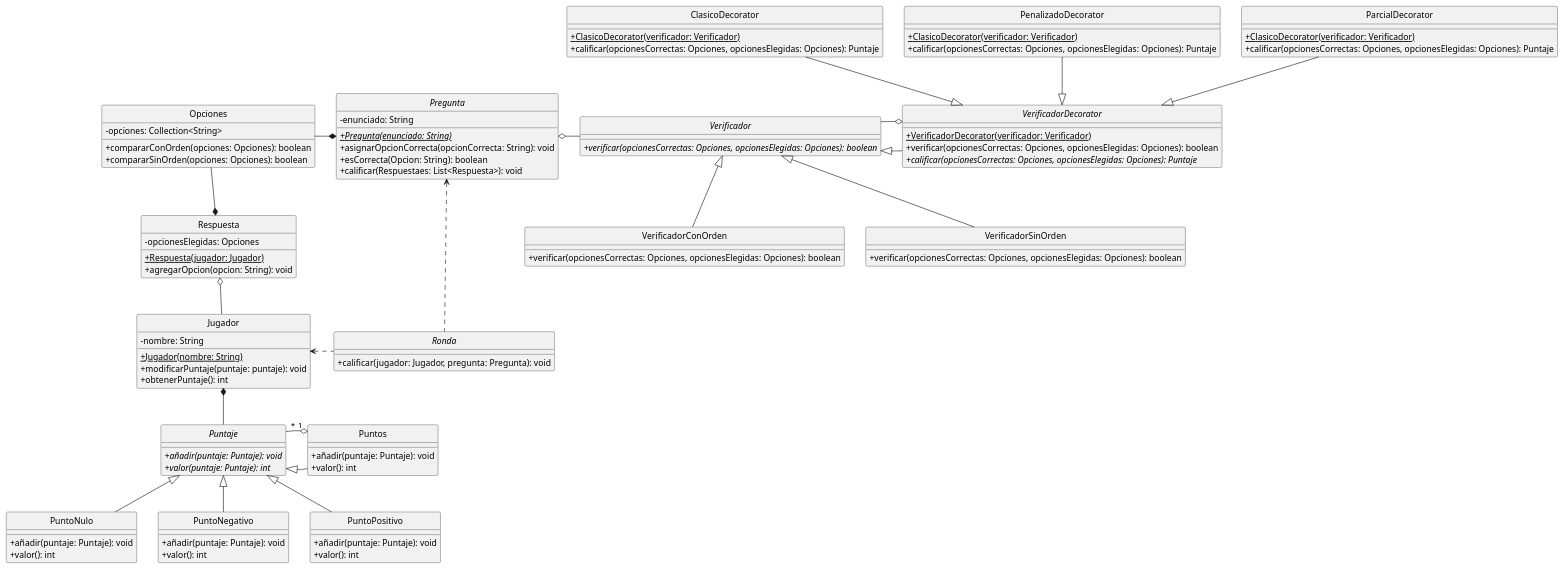
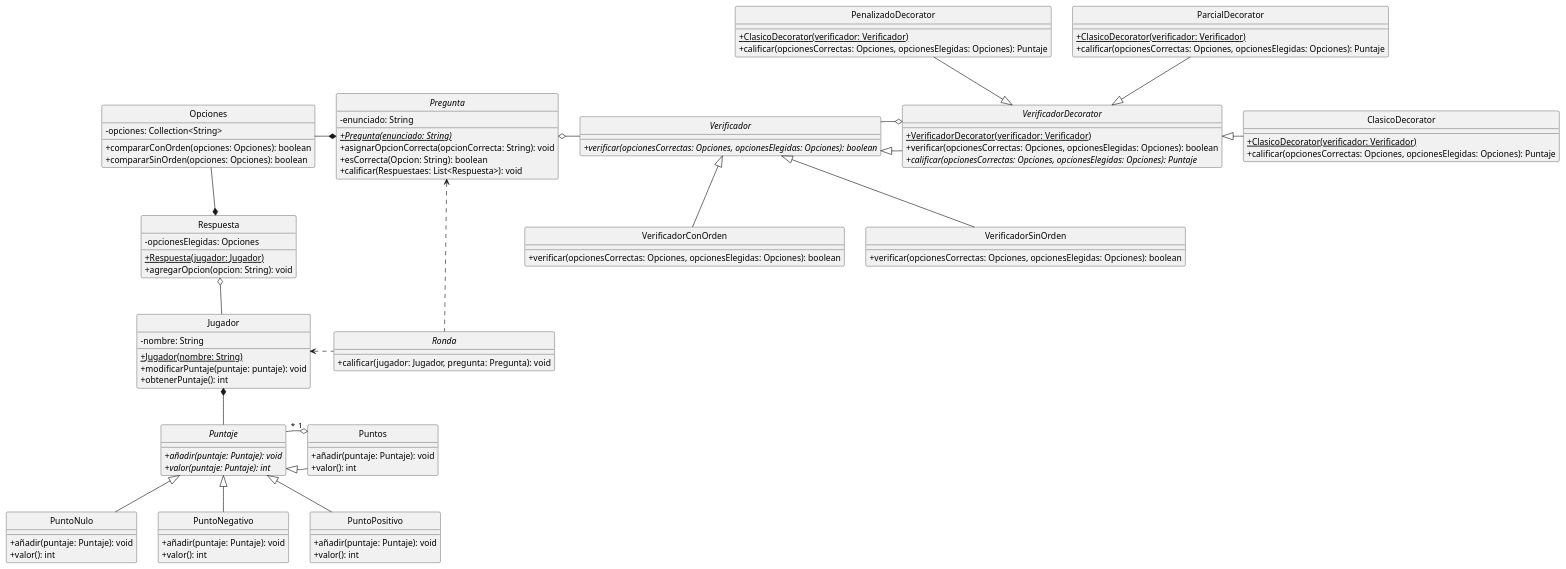
The diagram in src/main/java/edu/fiuba/algo3/modelo/diagramas/ModeloPosibleRefactorizacion.puml (AmayaSantos/TP2-1), drawn with PlantUML before and after one commit.

Commit message:
detalle del diagrama

```diff
--- a/src/main/java/edu/fiuba/algo3/modelo/diagramas/ModeloPosibleRefactorizacion.puml
+++ b/src/main/java/edu/fiuba/algo3/modelo/diagramas/ModeloPosibleRefactorizacion.puml
@@ -1,116 +1,116 @@
 @startuml
 hide circle
 skinparam classAttributeIconSize 0
 
 'Clases
 Class Opciones{
     -opciones: Collection<String>
     +compararConOrden(opciones: Opciones): boolean
     +compararSinOrden(opciones: Opciones): boolean
 }
 
 Abstract Class Pregunta{
     -enunciado: String
     +{abstract}{static}Pregunta(enunciado: String)
     +asignarOpcionCorrecta(opcionCorrecta: String): void
     +esCorrecta(Opcion: String): boolean
     +calificar(Respuestaes: List<Respuesta>): void
 }
 
 Class Respuesta{
     -opcionesElegidas: Opciones
     +{static}Respuesta(jugador: Jugador)
     +agregarOpcion(opcion: String): void
 }
 
 Class Jugador{
     -nombre: String
     +{Static}Jugador(nombre: String)
     +modificarPuntaje(puntaje: puntaje): void
     +obtenerPuntaje(): int
 }
 
 Abstract Class Puntaje{
     +{abstract}añadir(puntaje: Puntaje): void
     +{abstract}valor(puntaje: Puntaje): int
 }
 
 Class Puntos{
     +añadir(puntaje: Puntaje): void
     +valor(): int
 }
 
 Class PuntoNulo{
     +añadir(puntaje: Puntaje): void
     +valor(): int
 }
 
 Class PuntoNegativo{
     +añadir(puntaje: Puntaje): void
     +valor(): int
 }
 
 Class PuntoPositivo{
     +añadir(puntaje: Puntaje): void
     +valor(): int
 }
 
 Interface Verificador{
     +{abstract}verificar(opcionesCorrectas: Opciones, opcionesElegidas: Opciones): boolean
 }
 
 Class VerificadorConOrden{
     +verificar(opcionesCorrectas: Opciones, opcionesElegidas: Opciones): boolean
 }
 
 Class VerificadorSinOrden{
     +verificar(opcionesCorrectas: Opciones, opcionesElegidas: Opciones): boolean
 }
 
 Abstract Class VerificadorDecorator{
     +{Static}VerificadorDecorator(verificador: Verificador)
     +verificar(opcionesCorrectas: Opciones, opcionesElegidas: Opciones): boolean
     +{abstract}calificar(opcionesCorrectas: Opciones, opcionesElegidas: Opciones): Puntaje
 }
 
 Class ClasicoDecorator{
     +{Static}ClasicoDecorator(verificador: Verificador)
     +calificar(opcionesCorrectas: Opciones, opcionesElegidas: Opciones): Puntaje
 }
 
 Class PenalizadoDecorator{
     +{Static}ClasicoDecorator(verificador: Verificador)
     +calificar(opcionesCorrectas: Opciones, opcionesElegidas: Opciones): Puntaje
 }
 
 Class ParcialDecorator{
     +{Static}ClasicoDecorator(verificador: Verificador)
     +calificar(opcionesCorrectas: Opciones, opcionesElegidas: Opciones): Puntaje
 }
 
 Abstract Class Ronda{
     +calificar(jugador: Jugador, pregunta: Pregunta): void
 }
 
 'Relaciones
 Respuesta o-- Jugador
 Pregunta *-left- Opciones
 Respuesta *-up- Opciones
 PuntoNegativo -up-|> Puntaje
 PuntoNulo -up-|> Puntaje
 PuntoPositivo -up-|> Puntaje
 Puntos -left-|> Puntaje
 Puntos "1" o-left- "*" Puntaje
 Jugador *-- Puntaje
 Pregunta o-right- Verificador
 VerificadorDecorator -left-|> Verificador
 VerificadorDecorator o-left- Verificador
 VerificadorSinOrden -up-|> Verificador
 VerificadorConOrden -up-|> Verificador
-ClasicoDecorator --|> VerificadorDecorator
+ClasicoDecorator -left-|> VerificadorDecorator
 PenalizadoDecorator --|> VerificadorDecorator
 ParcialDecorator --|> VerificadorDecorator
 Ronda .left.> Jugador
 Ronda .left.> Pregunta
 
 @enduml
```
